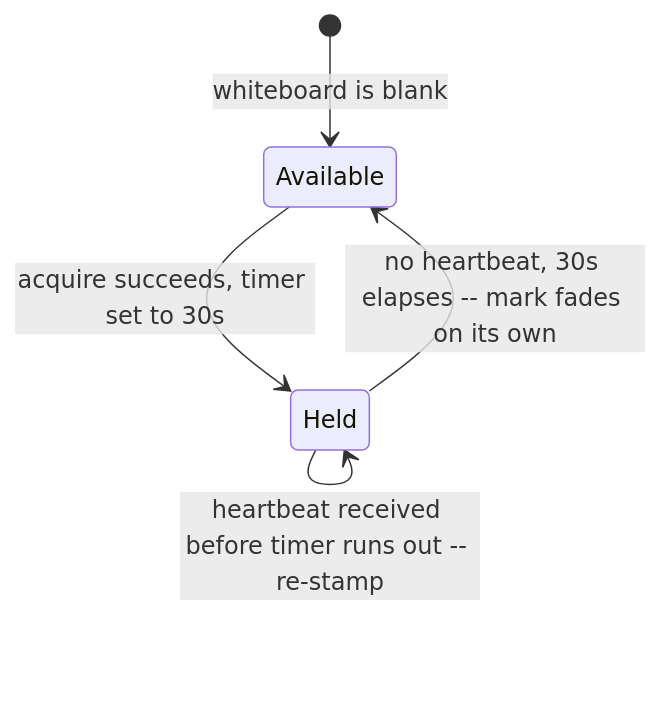
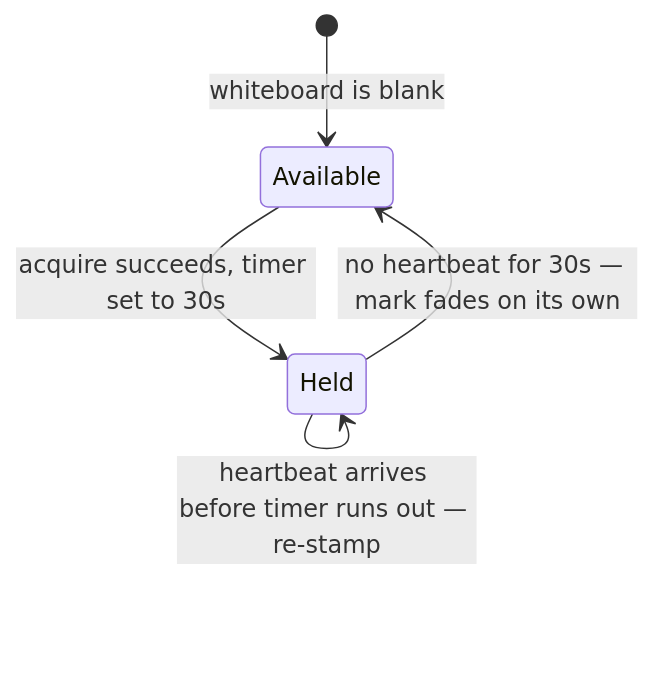
One commit to riyaz-pasha/Learnings changed the second of 10 diagrams in system-design/HLD/0-course/61-Design-a-Global-Distributed-Lock-Service-FAANG-Guide-story.md. Above: the diagram before and after it, drawn with Mermaid. The commit also changed other lines of this file and 1 other file, not shown here.

Commit message:
[REWRITE] Global Distributed Lock Service story guide: simplify prose, add structure, fix diagrams

````diff
--- a/system-design/HLD/0-course/61-Design-a-Global-Distributed-Lock-Service-FAANG-Guide-story.md
+++ b/system-design/HLD/0-course/61-Design-a-Global-Distributed-Lock-Service-FAANG-Guide-story.md
@@ -89,7 +147,7 @@
 ```mermaid
 stateDiagram-v2
     [*] --> Available: whiteboard is blank
     Available --> Held: acquire succeeds, timer set to 30s
-    Held --> Held: heartbeat received before timer runs out -- re-stamp
-    Held --> Available: no heartbeat, 30s elapses -- mark fades on its own
+    Held --> Held: heartbeat arrives before timer runs out — re-stamp
+    Held --> Available: no heartbeat for 30s — mark fades on its own
 ```
````
